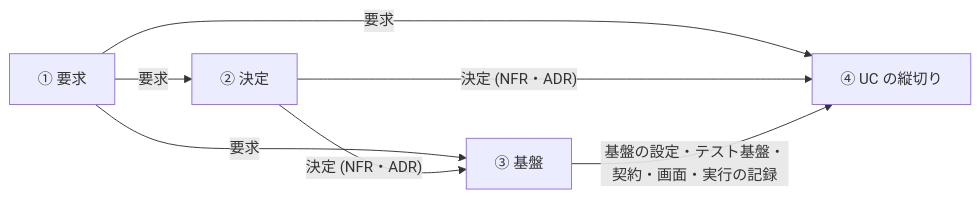
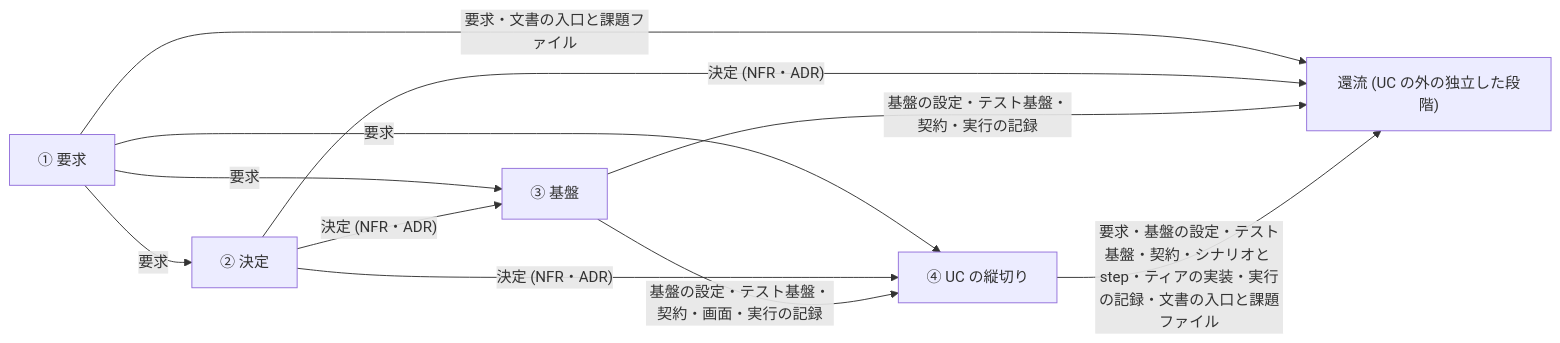
Before and after one commit to suwa-sh/suwa-sh-claude-plugins: the first of 45 diagrams in plugins/distillery2/skills/d2-common/references/dataflow.md, drawn with Mermaid. The commit also changed other lines of this file and 22 other files, not shown here.

````diff
--- a/plugins/distillery2/skills/d2-common/references/dataflow.md
+++ b/plugins/distillery2/skills/d2-common/references/dataflow.md
@@ -21,13 +21,18 @@
 ```mermaid
 flowchart LR
   st_requirements["① 要求"]
   st_decide["② 決定"]
   st_foundation["③ 基盤"]
   st_uc_all["④ UC の縦切り"]
+  st_feedback["還流 (UC の外の独立した段階)"]
   st_requirements -->|"要求"| st_decide
   st_requirements -->|"要求"| st_foundation
   st_requirements -->|"要求"| st_uc_all
+  st_requirements -->|"要求・文書の入口と課題ファイル"| st_feedback
   st_decide -->|"決定 (NFR・ADR)"| st_foundation
   st_decide -->|"決定 (NFR・ADR)"| st_uc_all
+  st_decide -->|"決定 (NFR・ADR)"| st_feedback
   st_foundation -->|"基盤の設定・テスト基盤・契約・画面・実行の記録"| st_uc_all
+  st_foundation -->|"基盤の設定・テスト基盤・契約・実行の記録"| st_feedback
+  st_uc_all -->|"要求・基盤の設定・テスト基盤・契約・シナリオと step・ティアの実装・実行の記録・文書の入口と課題ファイル"| st_feedback
 ```
````
